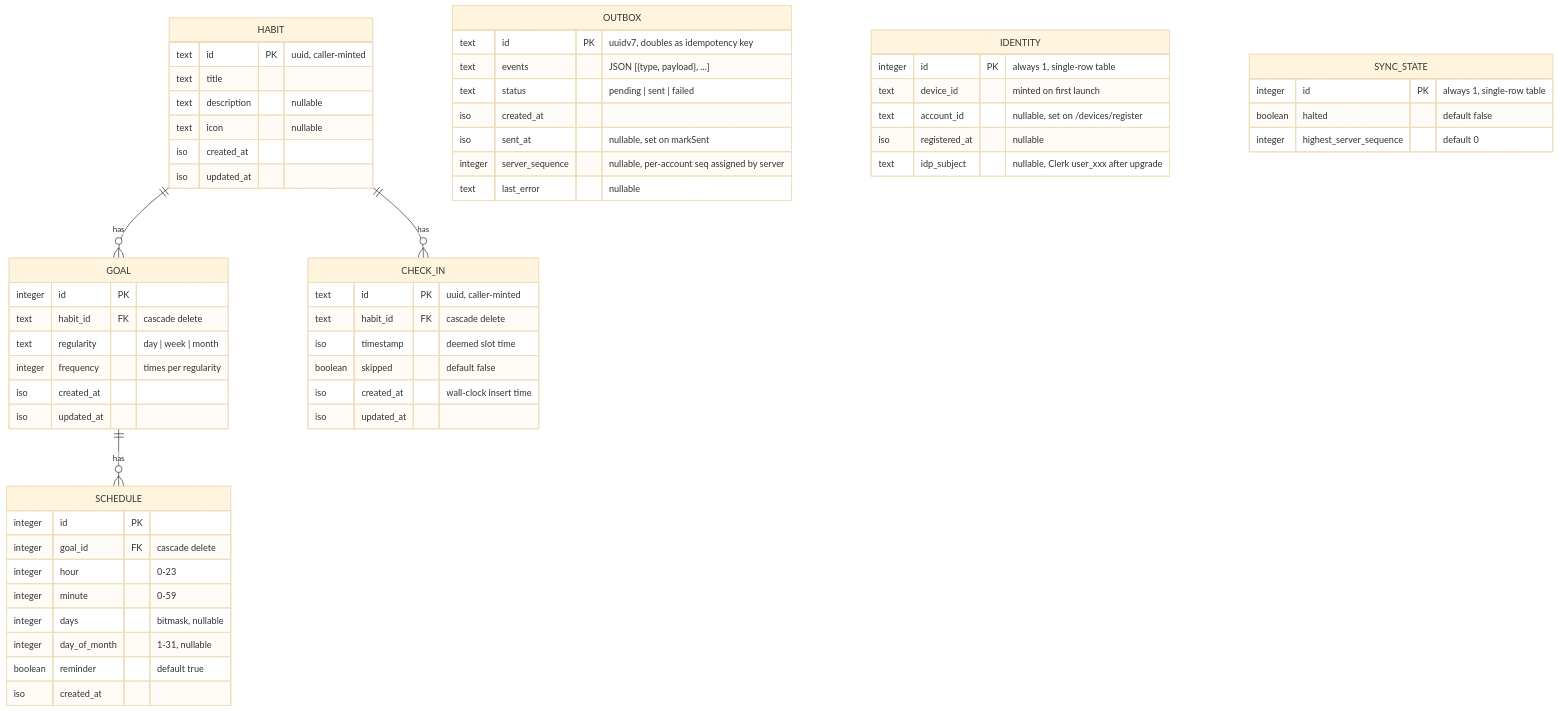
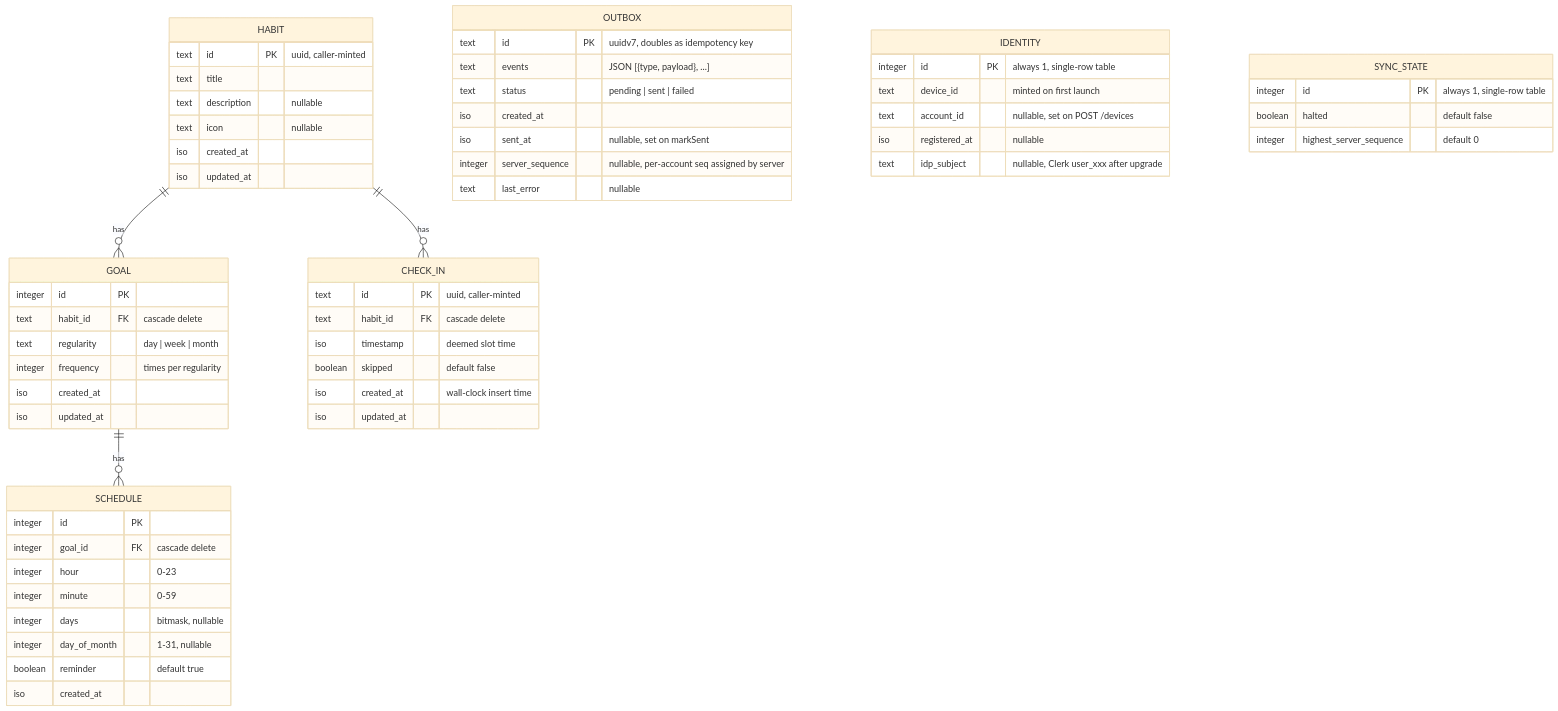
One commit to auctionready/nag changed the diagram in docs/Model.md. Above: the diagram before and after it, drawn with Mermaid (base theme). The commit also changed other lines of this file and 24 other files, not shown here.

````diff
--- a/docs/Model.md
+++ b/docs/Model.md
@@ -21,68 +21,68 @@
 ```mermaid
 erDiagram
     HABIT ||--o{ GOAL       : "has"
     HABIT ||--o{ CHECK_IN   : "has"
     GOAL  ||--o{ SCHEDULE   : "has"
 
     HABIT {
         text    id PK        "uuid, caller-minted"
         text    title
         text    description "nullable"
         text    icon        "nullable"
         iso     created_at
         iso     updated_at
     }
 
     GOAL {
         integer id PK
         text    habit_id   FK "cascade delete"
         text    regularity "day | week | month"
         integer frequency  "times per regularity"
         iso     created_at
         iso     updated_at
     }
 
     CHECK_IN {
         text    id PK        "uuid, caller-minted"
         text    habit_id  FK "cascade delete"
         iso     timestamp  "deemed slot time"
         boolean skipped    "default false"
         iso     created_at "wall-clock insert time"
         iso     updated_at
     }
 
     SCHEDULE {
         integer id PK
         integer goal_id      FK "cascade delete"
         integer hour         "0-23"
         integer minute       "0-59"
         integer days         "bitmask, nullable"
         integer day_of_month "1-31, nullable"
         boolean reminder     "default true"
         iso     created_at
     }
 
     OUTBOX {
         text    id PK            "uuidv7, doubles as idempotency key"
         text    events           "JSON [{type, payload}, ...]"
         text    status           "pending | sent | failed"
         iso     created_at
         iso     sent_at          "nullable, set on markSent"
         integer server_sequence  "nullable, per-account seq assigned by server"
         text    last_error       "nullable"
     }
 
     IDENTITY {
         integer id PK            "always 1, single-row table"
         text    device_id        "minted on first launch"
-        text    account_id       "nullable, set on /devices/register"
+        text    account_id       "nullable, set on POST /devices"
         iso     registered_at    "nullable"
         text    idp_subject      "nullable, Clerk user_xxx after upgrade"
     }
 
     SYNC_STATE {
         integer id PK                       "always 1, single-row table"
         boolean halted                      "default false"
         integer highest_server_sequence     "default 0"
     }
 ```
````
